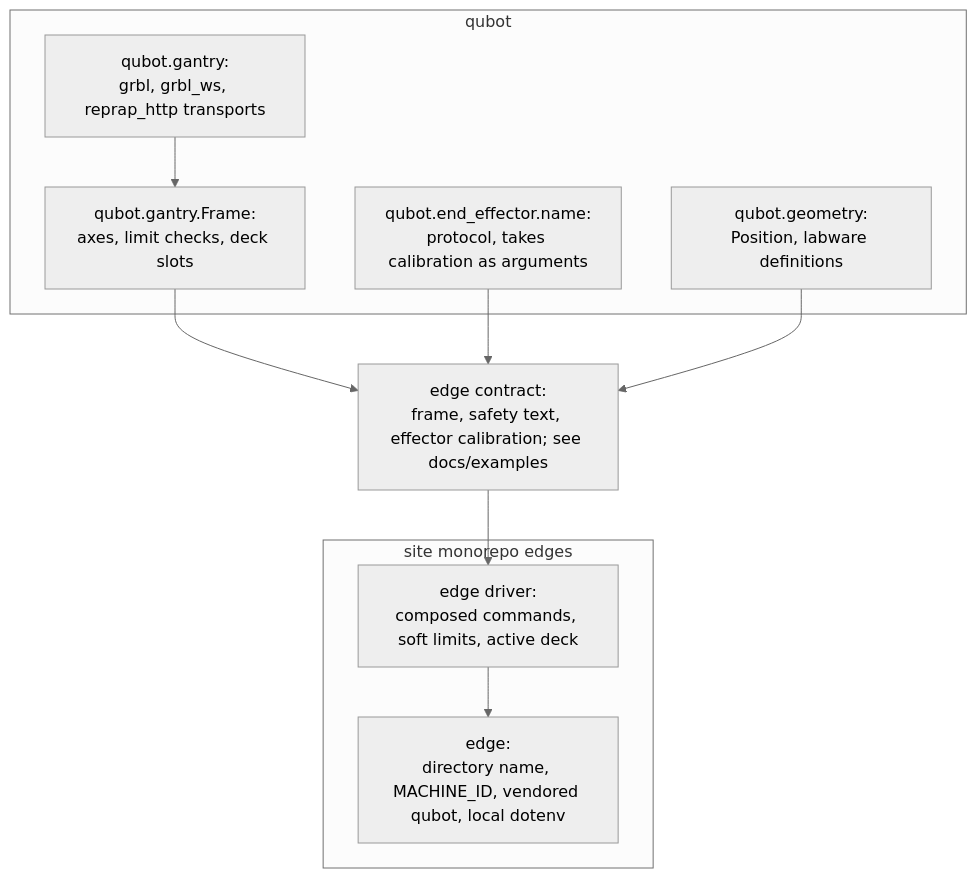
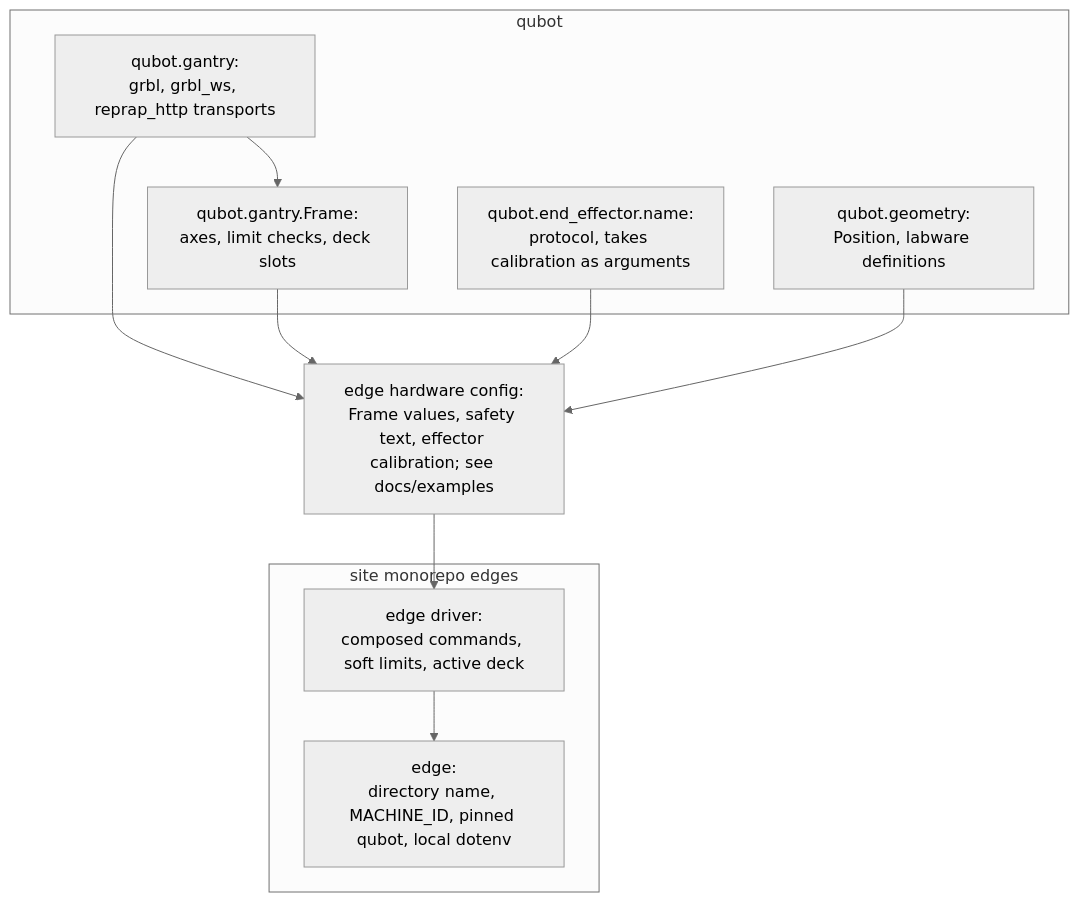
One commit to PUDAP/qubot changed the diagram in MODULARIZATION.md. Above: the diagram before and after it, drawn with Mermaid (neutral theme). The commit also changed other lines of this file and 38 other files, not shown here.

First line of the commit message:
refactor: Configure hardware in each edge's code instead of contracts.

````diff
--- a/MODULARIZATION.md
+++ b/MODULARIZATION.md
@@ -9,20 +9,21 @@
 ```mermaid
 flowchart TB
   subgraph sources [qubot]
     transport["qubot.gantry:<br/>grbl, grbl_ws, reprap_http transports"]
     geometry["qubot.geometry:<br/>Position, labware definitions"]
     gantry["qubot.gantry.Frame:<br/>axes, limit checks, deck slots"]
     effector["qubot.end_effector.name:<br/>protocol, takes calibration as arguments"]
     transport --> gantry
   end
-  contract["edge contract:<br/>frame, safety text, effector calibration; see docs/examples"]
-  gantry --> contract
-  effector --> contract
-  geometry --> contract
+  config["edge hardware config:<br/>Frame values, safety text, effector calibration; see docs/examples"]
+  transport --> config
+  gantry --> config
+  effector --> config
+  geometry --> config
   subgraph built [site monorepo edges]
     module["edge driver:<br/>composed commands, soft limits, active deck"]
-    edge["edge:<br/>directory name, MACHINE_ID, vendored qubot, local dotenv"]
+    edge["edge:<br/>directory name, MACHINE_ID, pinned qubot, local dotenv"]
     module --> edge
   end
-  contract --> module
+  config --> module
 ```
````
